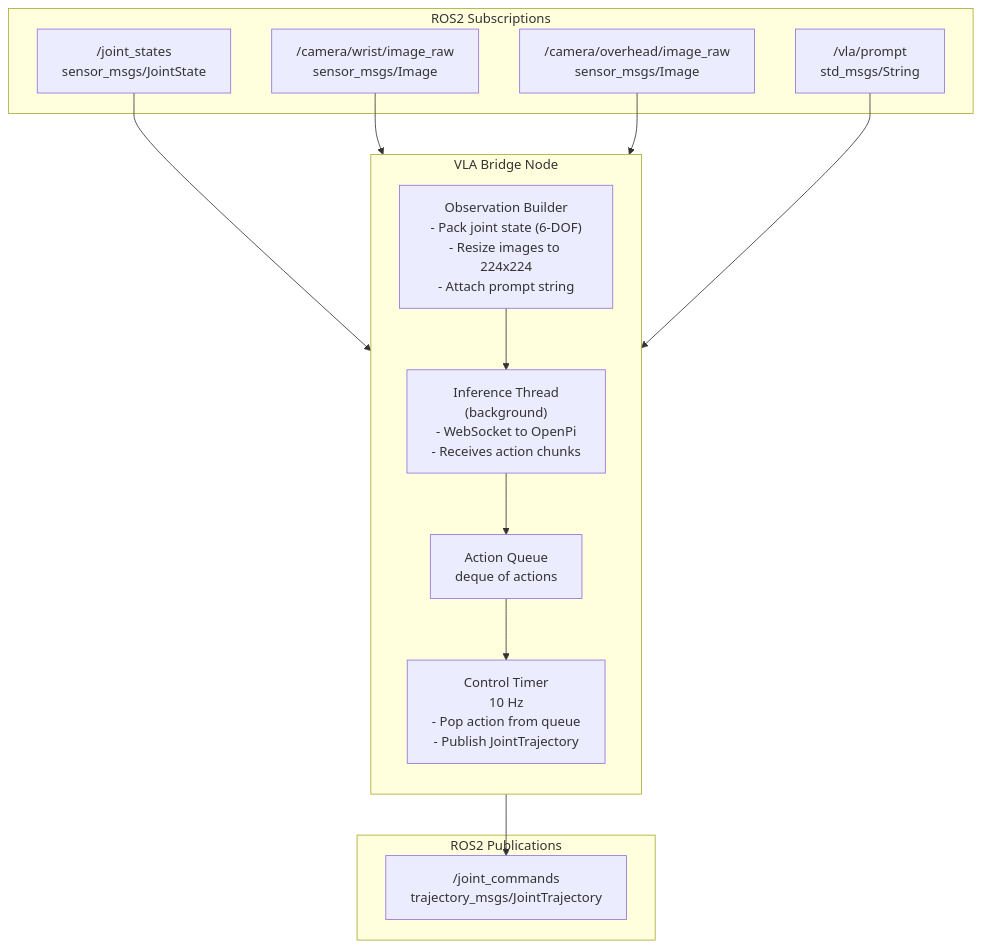
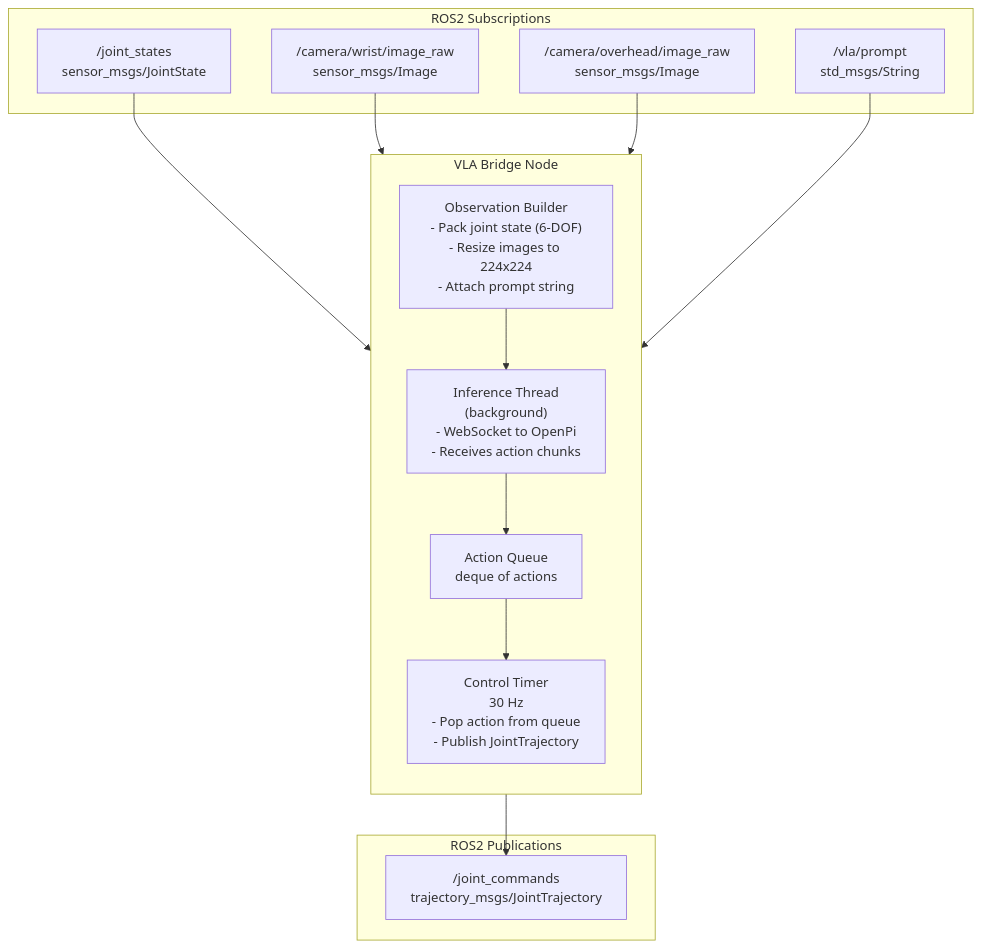
The diagram in docs/ROS2_BRIDGE.md (Jbruslind/soarm101-isaac), drawn with Mermaid before and after one commit. The commit also changed other lines of this file and 31 other files, not shown here.

````diff
--- a/docs/ROS2_BRIDGE.md
+++ b/docs/ROS2_BRIDGE.md
@@ -18,30 +18,30 @@
 ```mermaid
 graph TD
     subgraph inputs ["ROS2 Subscriptions"]
         JS["/joint_states\nsensor_msgs/JointState"]
         WC["/camera/wrist/image_raw\nsensor_msgs/Image"]
         OC["/camera/overhead/image_raw\nsensor_msgs/Image"]
         PR["/vla/prompt\nstd_msgs/String"]
     end
 
     subgraph node ["VLA Bridge Node"]
         direction TB
         OBS["Observation Builder\n- Pack joint state (6-DOF)\n- Resize images to 224x224\n- Attach prompt string"]
         INF["Inference Thread\n(background)\n- WebSocket to OpenPi\n- Receives action chunks"]
         AQ["Action Queue\ndeque of actions"]
-        CTL["Control Timer\n10 Hz\n- Pop action from queue\n- Publish JointTrajectory"]
+        CTL["Control Timer\n30 Hz\n- Pop action from queue\n- Publish JointTrajectory"]
     end
 
     subgraph outputs ["ROS2 Publications"]
         JC["/joint_commands\ntrajectory_msgs/JointTrajectory"]
     end
 
     JS --> OBS
     WC --> OBS
     OC --> OBS
     PR --> OBS
     OBS --> INF
     INF --> AQ
     AQ --> CTL
     CTL --> JC
 ```
````
